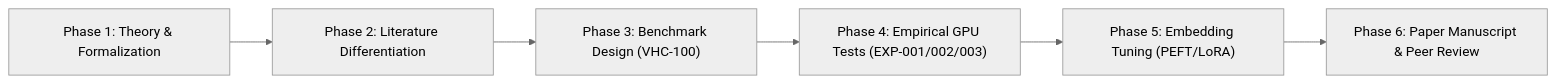
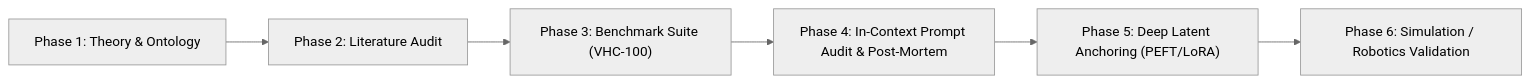
Before and after one commit to CodiBasti/LingualCompositeLearning: the diagram in dev/BACKLOG.md, drawn with Mermaid (neutral theme). The commit also changed other lines of this file and 2 other files, not shown here.

Commit message:
docs: record MDR-007 pivot, update roadmap and backlog following red-team audit

````diff
--- a/dev/BACKLOG.md
+++ b/dev/BACKLOG.md
@@ -11,8 +11,8 @@
 ```mermaid
 flowchart LR
-    P1["Phase 1: Theory & Formalization"] --> P2["Phase 2: Literature Differentiation"]
-    P2 --> P3["Phase 3: Benchmark Design (VHC-100)"]
-    P3 --> P4["Phase 4: Empirical GPU Tests (EXP-001/002/003)"]
-    P4 --> P5["Phase 5: Embedding Tuning (PEFT/LoRA)"]
-    P5 --> P6["Phase 6: Paper Manuscript & Peer Review"]
+    P1["Phase 1: Theory & Ontology"] --> P2["Phase 2: Literature Audit"]
+    P2 --> P3["Phase 3: Benchmark Suite (VHC-100)"]
+    P3 --> P4["Phase 4: In-Context Prompt Audit & Post-Mortem"]
+    P4 --> P5["Phase 5: Deep Latent Anchoring (PEFT/LoRA)"]
+    P5 --> P6["Phase 6: Simulation / Robotics Validation"]
 ```
````
